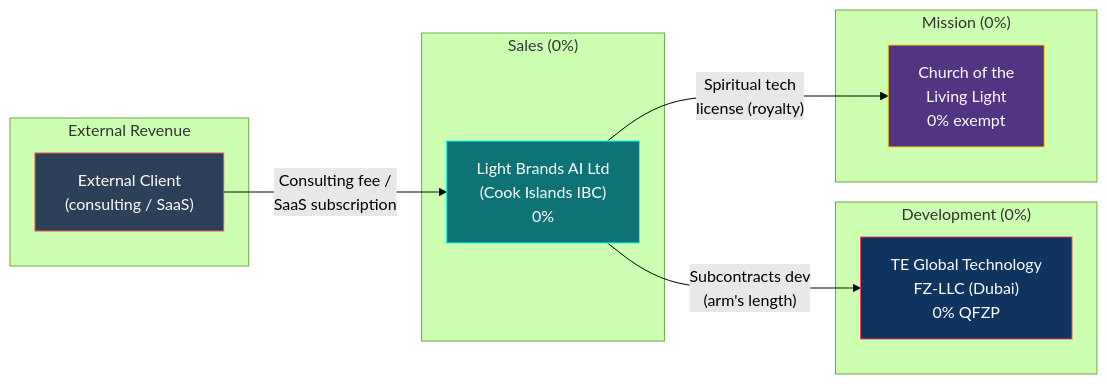
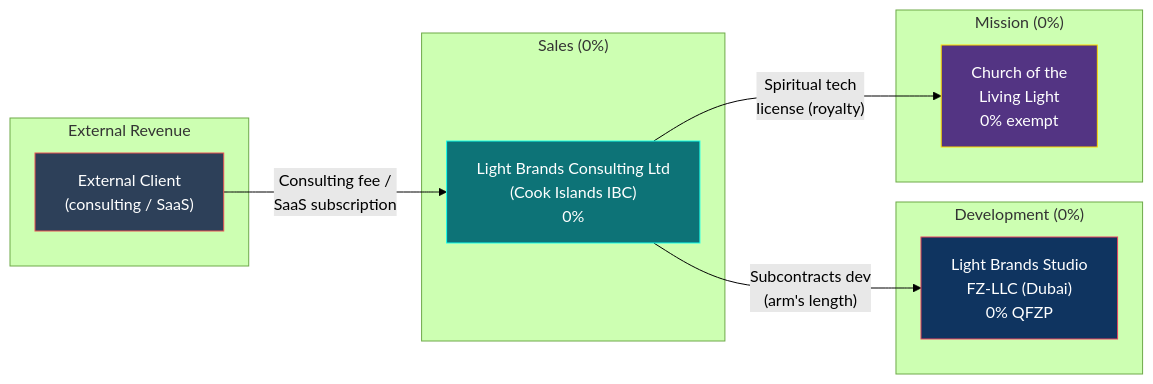
One commit to Light-Brands/epic-center changed the third of 3 diagrams in docs/tax-structure/01-MASTER-STRUCTURE.md. Above: the diagram before and after it, drawn with Mermaid (forest theme). The commit also changed other lines of this file and 7 other files, not shown here.

First line of the commit message:
Rename entities: Light Brands Studio (UAE) + Light Brands Consulting (CI IBC)

````diff
--- a/docs/tax-structure/01-MASTER-STRUCTURE.md
+++ b/docs/tax-structure/01-MASTER-STRUCTURE.md
@@ -109,27 +109,27 @@
 ```mermaid
 graph LR
     subgraph "External Revenue"
         CLIENT["External Client<br/>(consulting / SaaS)"]
     end
 
     subgraph "Sales (0%)"
-        CI["Light Brands AI Ltd<br/>(Cook Islands IBC)<br/>0%"]
+        CI["Light Brands Consulting Ltd<br/>(Cook Islands IBC)<br/>0%"]
     end
 
     subgraph "Development (0%)"
-        UAE2["TE Global Technology<br/>FZ-LLC (Dubai)<br/>0% QFZP"]
+        UAE2["Light Brands Studio<br/>FZ-LLC (Dubai)<br/>0% QFZP"]
     end
 
     subgraph "Mission (0%)"
         CHURCH2["Church of the<br/>Living Light<br/>0% exempt"]
     end
 
     CLIENT -->|"Consulting fee /<br/>SaaS subscription"| CI
     CI -->|"Subcontracts dev<br/>(arm's length)"| UAE2
     CI -->|"Spiritual tech<br/>license (royalty)"| CHURCH2
 
     style CLIENT fill:#2d4059,stroke:#ea5455,color:#fff
     style CI fill:#0d7377,stroke:#14ffec,color:#fff
     style UAE2 fill:#0f3460,stroke:#e94560,color:#fff
     style CHURCH2 fill:#533483,stroke:#ffd700,color:#fff
 ```
````
